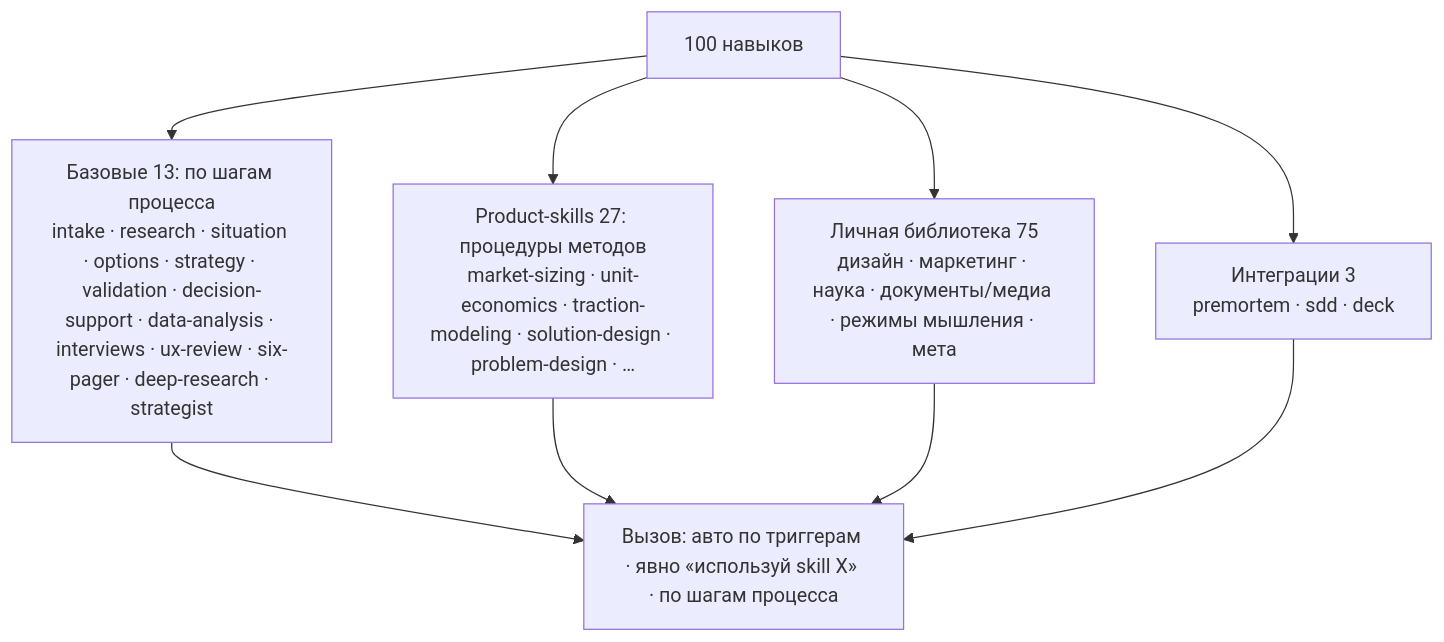
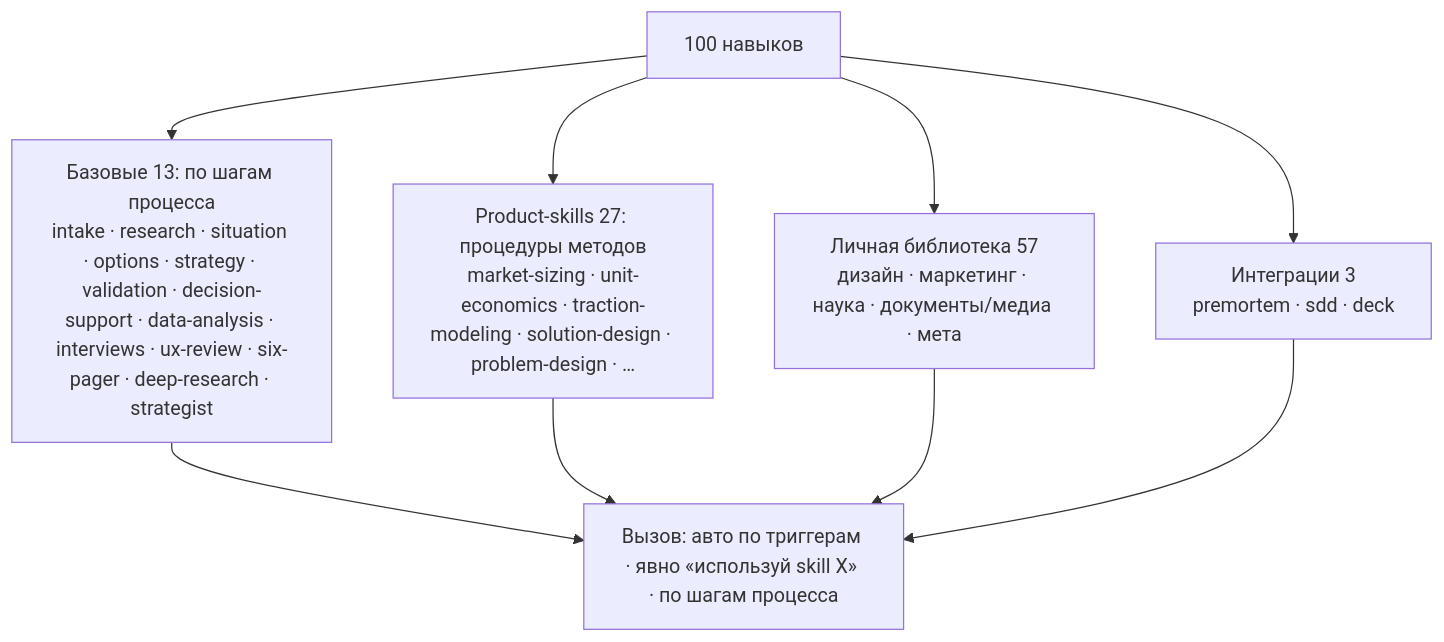
The third of 4 diagrams in README.md (Fighter90/product-factory-strategist), drawn with Mermaid before and after one commit. The commit also changed 9 other files, not shown here.

````diff
--- a/README.md
+++ b/README.md
@@ -220,8 +220,8 @@
 ```mermaid
 flowchart TB
   SK["100 навыков"] --> B["Базовые 13: по шагам процесса<br/>intake · research · situation · options · strategy · validation · decision-support · data-analysis · interviews · ux-review · six-pager · deep-research · strategist"]
   SK --> P["Product-skills 27: процедуры методов<br/>market-sizing · unit-economics · traction-modeling · solution-design · problem-design · …"]
-  SK --> L["Личная библиотека 75<br/>дизайн · маркетинг · наука · документы/медиа · режимы мышления · мета"]
+  SK --> L["Личная библиотека 57<br/>дизайн · маркетинг · наука · документы/медиа · мета"]
   SK --> INT["Интеграции 3<br/>premortem · sdd · deck"]
   B & P & L & INT --> INV["Вызов: авто по триггерам · явно «используй skill X» · по шагам процесса"]
 ```
````
